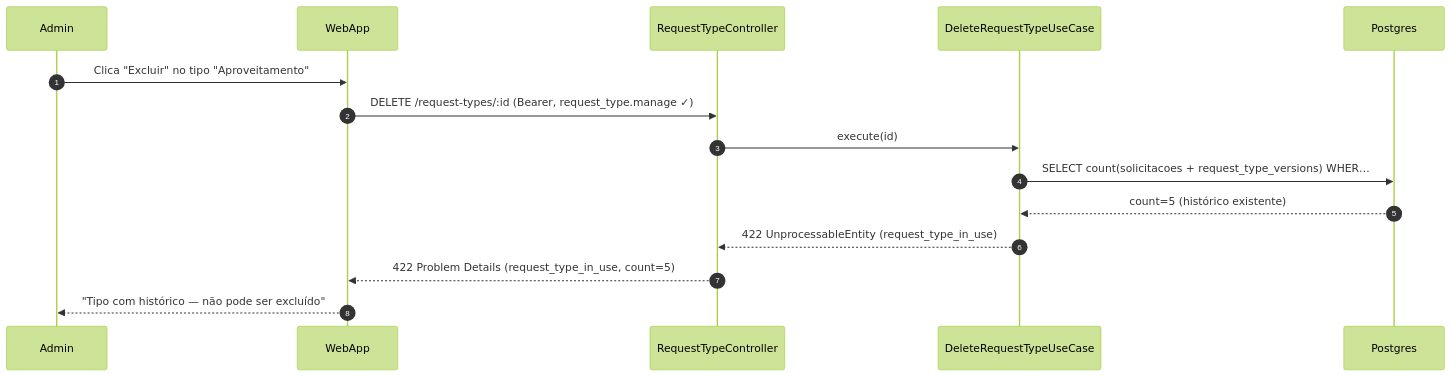
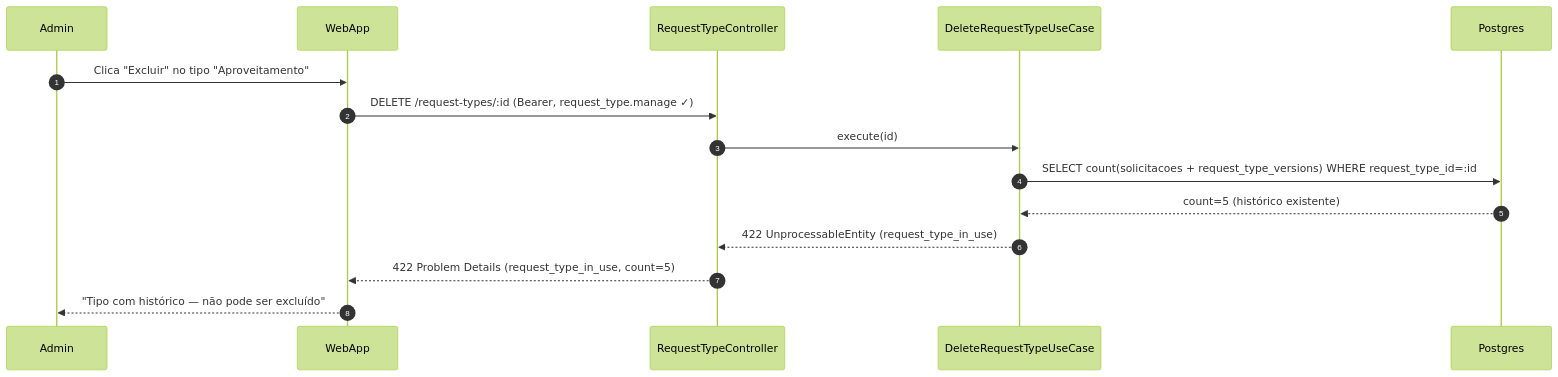
One commit to umishell/secretariaOnline2 changed the seventh of 7 diagrams in foundationDocs/sequenceDiagrams/F7 — Admin/US-F7-003-WORKFLOW-ENGINE.md. Above: the diagram before and after it, drawn with Mermaid (forest theme). The commit also changed other lines of this file and 70 other files, not shown here.

First line of the commit message:
Enhance database documentation and introduce new schema files

````diff
--- a/foundationDocs/sequenceDiagrams/F7 — Admin/US-F7-003-WORKFLOW-ENGINE.md
+++ b/foundationDocs/sequenceDiagrams/F7 — Admin/US-F7-003-WORKFLOW-ENGINE.md
@@ -288,18 +288,18 @@
 ```mermaid
 sequenceDiagram
     autonumber
     participant Admin
     participant WebApp
     participant RTController as RequestTypeController
     participant DeleteRTUC as DeleteRequestTypeUseCase
     participant Postgres
 
     Admin->>WebApp: Clica "Excluir" no tipo "Aproveitamento"
     WebApp->>RTController: DELETE /request-types/:id (Bearer, request_type.manage ✓)
     RTController->>DeleteRTUC: execute(id)
-    DeleteRTUC->>Postgres: SELECT count(solicitacoes + request_type_versions) WHER…
+    DeleteRTUC->>Postgres: SELECT count(solicitacoes + request_type_versions) WHERE request_type_id=:id
     Postgres-->>DeleteRTUC: count=5 (histórico existente)
     DeleteRTUC-->>RTController: 422 UnprocessableEntity (request_type_in_use)
     RTController-->>WebApp: 422 Problem Details (request_type_in_use, count=5)
     WebApp-->>Admin: "Tipo com histórico — não pode ser excluído"
 ```
````
